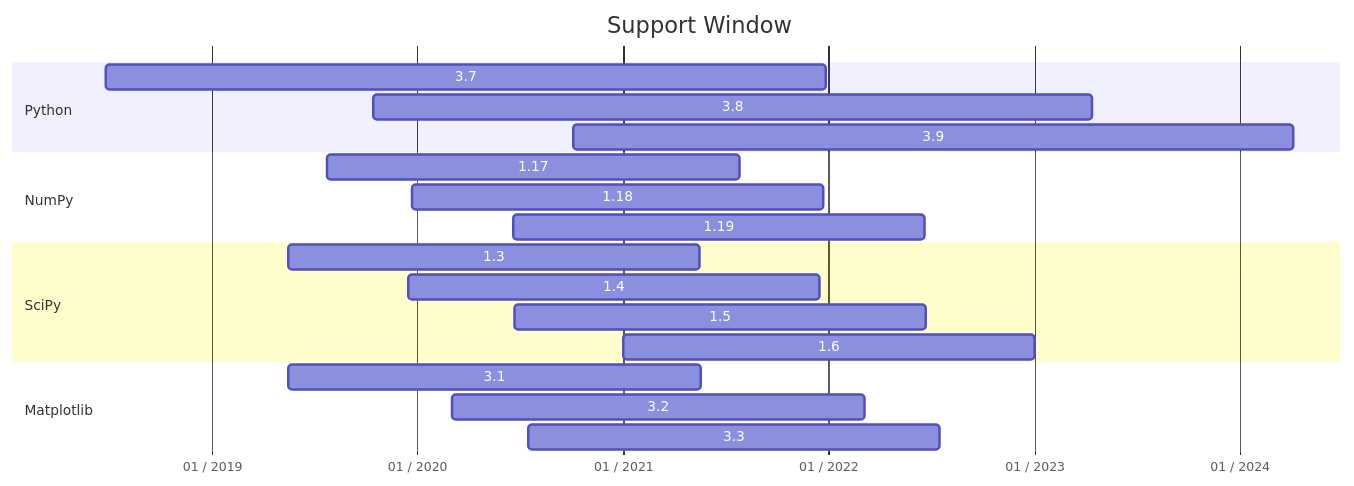
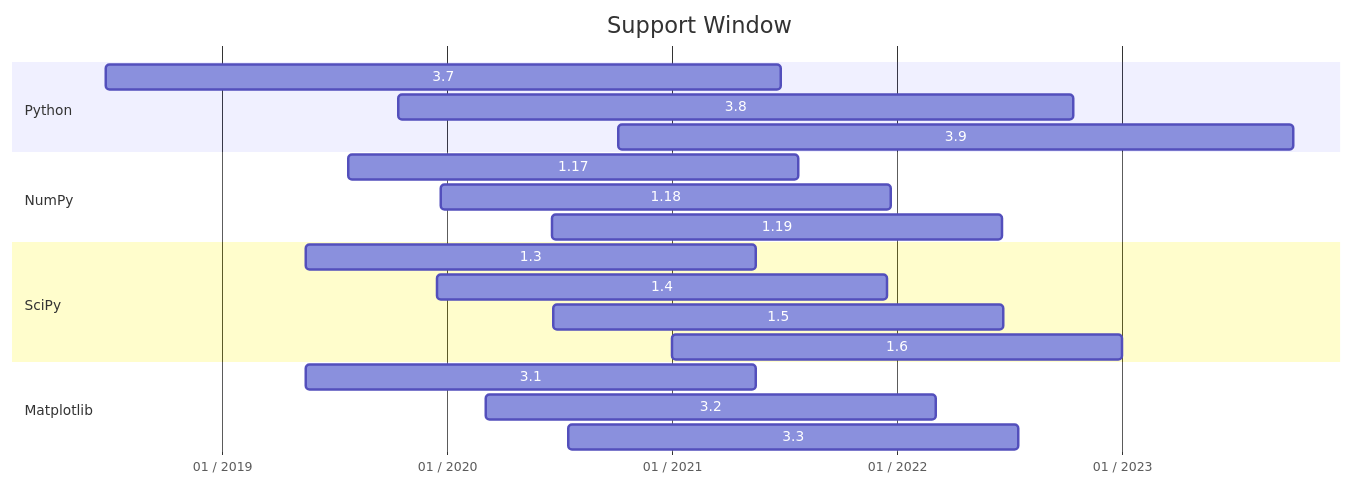
The diagram in spec-0000.md (scientific-python/specs), drawn with Mermaid before and after one commit. The commit also changed other lines of this file and 1 other file, not shown here.

```diff
--- a/spec-0000.md
+++ b/spec-0000.md
@@ -22,28 +28,28 @@
 {{<mermaid>}}
 gantt
 dateFormat  YYYY-MM-DD
 axisFormat  %m / %Y
 title Support Window
 
 section Python
-3.7  :     py37, 2018-06-27,2021-12-26
-3.8  :     py38, 2019-10-14,2023-04-14
-3.9  :     py39, 2020-10-05,2024-04-05
+3.7  :     py37, 2018-06-27,2021-06-26
+3.8  :     py38, 2019-10-14,2022-10-13
+3.9  :     py39, 2020-10-05,2023-10-05
 
 section NumPy
-1.17  :     np117, 2019-07-26,2021-07-26
-1.18  :     np118, 2019-12-22,2021-12-22
-1.19  :     np119, 2020-06-20,2022-06-21
+1.17  :     np117, 2019-07-26,2021-07-25
+1.18  :     np118, 2019-12-22,2021-12-21
+1.19  :     np119, 2020-06-20,2022-06-20
 
 section SciPy
-1.3  :     sp13, 2019-05-17,2021-05-17
-1.4  :     sp14, 2019-12-16,2021-12-16
-1.5  :     sp15, 2020-06-21,2022-06-22
-1.6  :     sp16, 2020-12-31,2023-01-01
+1.3  :     sp13, 2019-05-17,2021-05-16
+1.4  :     sp14, 2019-12-16,2021-12-15
+1.5  :     sp15, 2020-06-21,2022-06-21
+1.6  :     sp16, 2020-12-31,2022-12-31
 
 section Matplotlib
-3.1  :     mpl31, 2019-05-18,2021-05-18
-3.2  :     mpl32, 2020-03-04,2022-03-05
-3.3  :     mpl33, 2020-07-16,2022-07-17
+3.1  :     mpl31, 2019-05-18,2021-05-17
+3.2  :     mpl32, 2020-03-04,2022-03-04
+3.3  :     mpl33, 2020-07-16,2022-07-16
 
 {{</mermaid>}}
```
